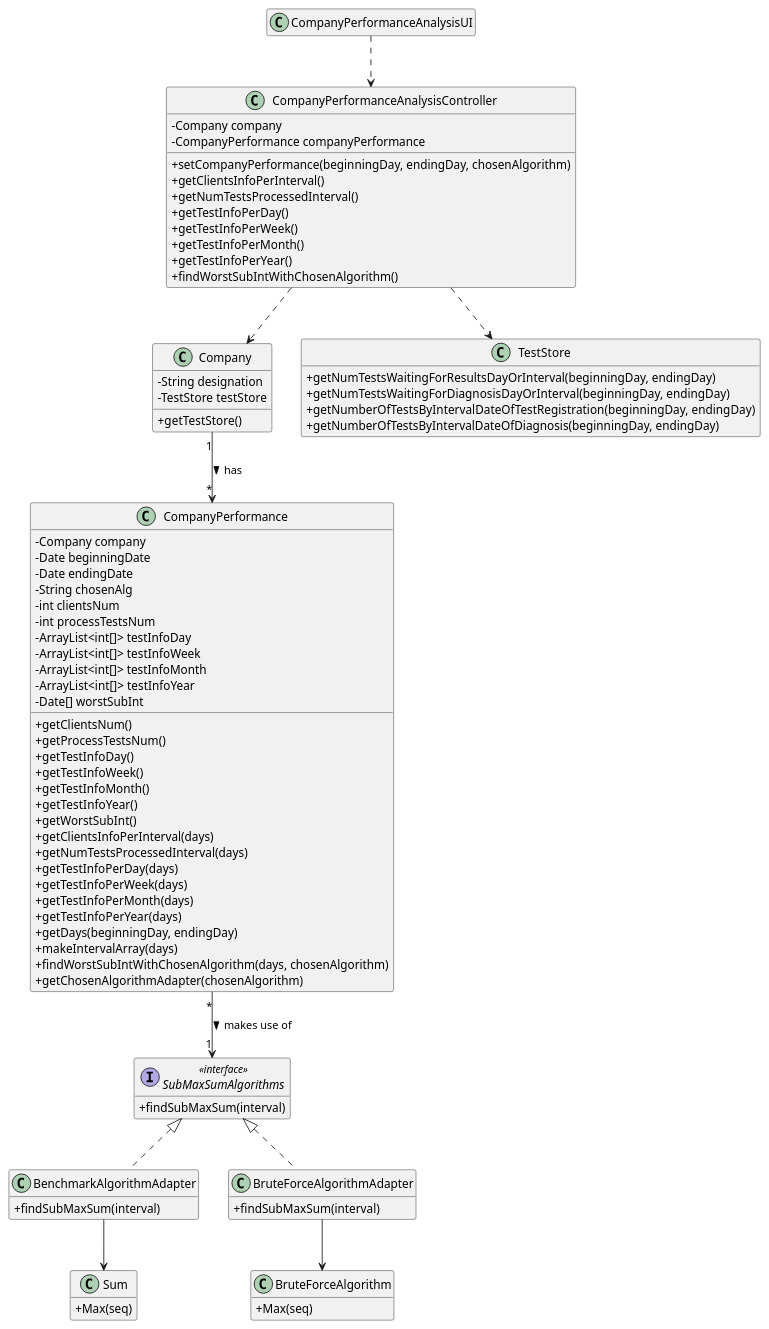
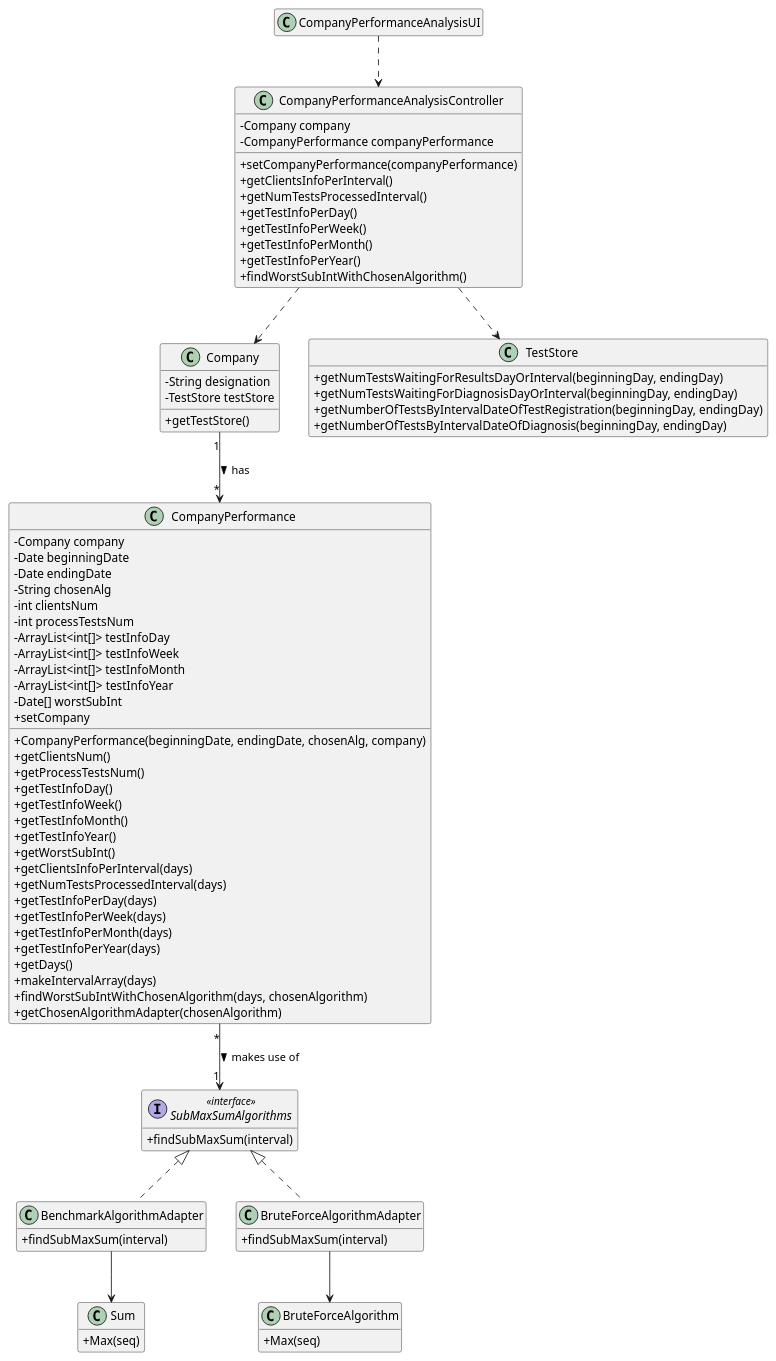
Before and after one commit to ana-albergaria/LAPR2-ISEP: the diagram in docs/SprintD/US_16/US16_CD.puml, drawn with PlantUML. The commit also changed 15 other files, not shown here.

```diff
--- a/docs/SprintD/US_16/US16_CD.puml
+++ b/docs/SprintD/US_16/US16_CD.puml
@@ -1,99 +1,101 @@
 @startuml
 'skinparam linetype ortho
 hide empty methods
 hide empty attributes
 'left to right direction
 skinparam classAttributeIconSize 0
 
 class Company {
     - String designation
     - TestStore testStore
     + getTestStore()
 }
 
 class TestStore {
     + getNumTestsWaitingForResultsDayOrInterval(beginningDay, endingDay)
     + getNumTestsWaitingForDiagnosisDayOrInterval(beginningDay, endingDay)
     + getNumberOfTestsByIntervalDateOfTestRegistration(beginningDay, endingDay)
     + getNumberOfTestsByIntervalDateOfDiagnosis(beginningDay, endingDay)
 }
 
 class CompanyPerformanceAnalysisController{
     - Company company
     - CompanyPerformance companyPerformance
-    + setCompanyPerformance(beginningDay, endingDay, chosenAlgorithm)
+    + setCompanyPerformance(companyPerformance)
     + getClientsInfoPerInterval()
     + getNumTestsProcessedInterval()
     + getTestInfoPerDay()
     + getTestInfoPerWeek()
     + getTestInfoPerMonth()
     + getTestInfoPerYear()
     + findWorstSubIntWithChosenAlgorithm()
 }
 
 class CompanyPerformanceAnalysisUI{
 }
 
 interface SubMaxSumAlgorithms <<interface>> {
     + findSubMaxSum(interval)
 }
 
 class BenchmarkAlgorithmAdapter{
     + findSubMaxSum(interval)
 }
 
 class BruteForceAlgorithmAdapter{
     + findSubMaxSum(interval)
 }
 
 class Sum{
     + Max(seq)
 }
 
 class BruteForceAlgorithm{
     + Max(seq)
 }
 
 class CompanyPerformance{
     - Company company
     - Date beginningDate
     - Date endingDate
     - String chosenAlg
     - int clientsNum
     - int processTestsNum
     - ArrayList<int[]> testInfoDay
     - ArrayList<int[]> testInfoWeek
     - ArrayList<int[]> testInfoMonth
     - ArrayList<int[]> testInfoYear
     - Date[] worstSubInt
+    + setCompany
+    + CompanyPerformance(beginningDate, endingDate, chosenAlg, company)
     + getClientsNum()
     + getProcessTestsNum()
     + getTestInfoDay()
     + getTestInfoWeek()
     + getTestInfoMonth()
     + getTestInfoYear()
     + getWorstSubInt()
     + getClientsInfoPerInterval(days)
     + getNumTestsProcessedInterval(days)
     + getTestInfoPerDay(days)
     + getTestInfoPerWeek(days)
     + getTestInfoPerMonth(days)
     + getTestInfoPerYear(days)
-    + getDays(beginningDay, endingDay)
+    + getDays()
     + makeIntervalArray(days)
     + findWorstSubIntWithChosenAlgorithm(days, chosenAlgorithm)
     + getChosenAlgorithmAdapter(chosenAlgorithm)
 }
 
 CompanyPerformanceAnalysisUI ..> CompanyPerformanceAnalysisController
 CompanyPerformanceAnalysisController ..> Company
 CompanyPerformanceAnalysisController ..> TestStore
 CompanyPerformance "*" --> "1" SubMaxSumAlgorithms : makes use of >
 BenchmarkAlgorithmAdapter --> Sum
 BruteForceAlgorithmAdapter --> BruteForceAlgorithm
 Company "1" --> "*" CompanyPerformance : has >
 
 class BenchmarkAlgorithmAdapter implements SubMaxSumAlgorithms
 class BruteForceAlgorithmAdapter implements SubMaxSumAlgorithms
 
 @enduml
```
